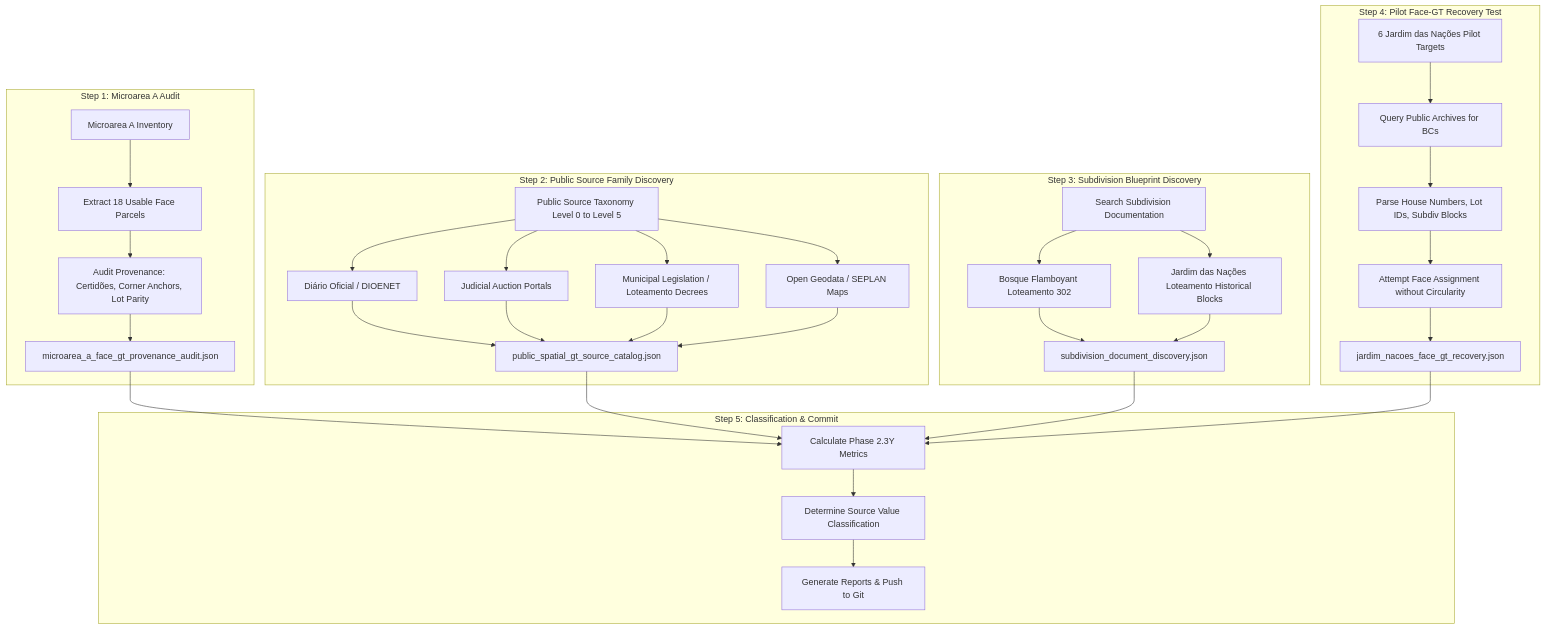
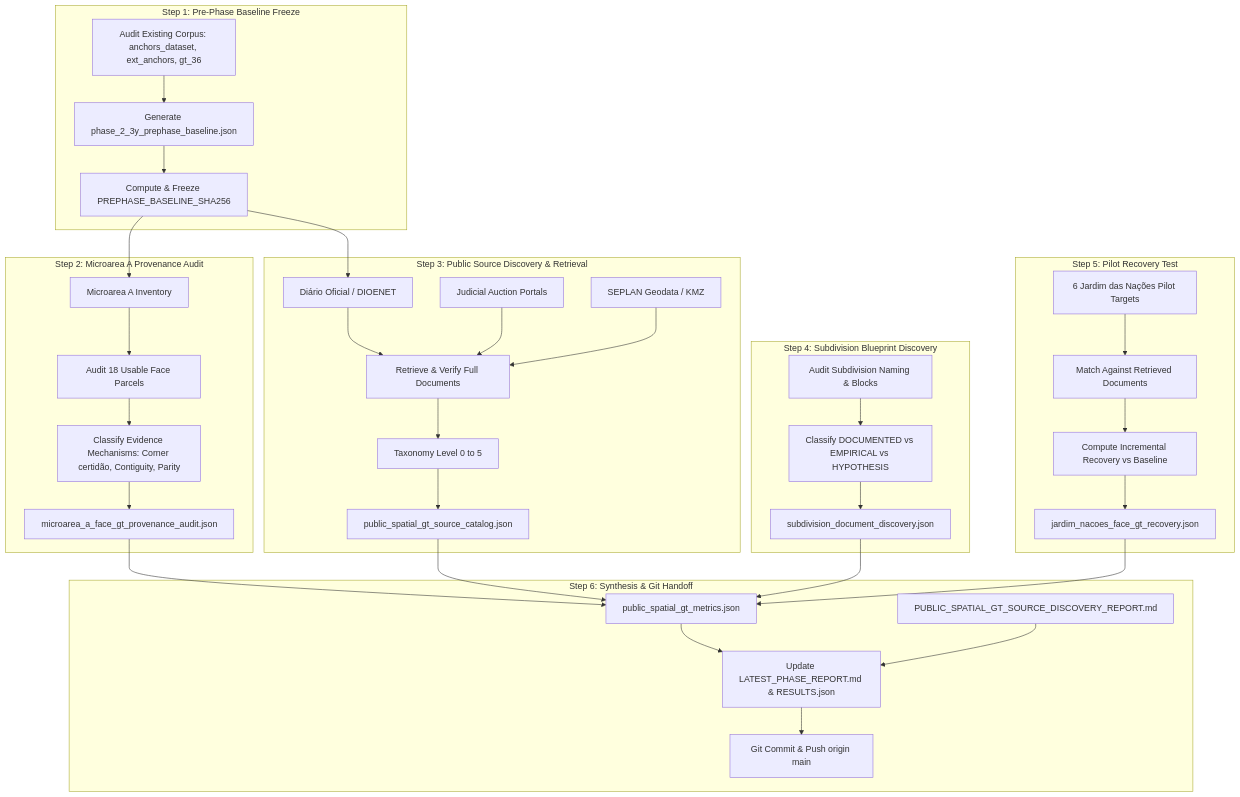
One commit to mlapidotome/ultraviolet-quasar changed the diagram in brain/address_finder/plans/PHASE_2_3Y_IMPLEMENTATION_PLAN.md. Above: the diagram before and after it, drawn with Mermaid. The commit also changed other lines of this file and 9 other files, not shown here.

Commit message:
feat: Phase 2.3Y results - public spatial ground-truth source discovery and provenance audit

````diff
--- a/brain/address_finder/plans/PHASE_2_3Y_IMPLEMENTATION_PLAN.md
+++ b/brain/address_finder/plans/PHASE_2_3Y_IMPLEMENTATION_PLAN.md
@@ -25,42 +50,39 @@
 ```mermaid
 graph TD
-    subgraph Step 1: Microarea A Audit
-        A1[Microarea A Inventory] --> A2[Extract 18 Usable Face Parcels]
-        A2 --> A3[Audit Provenance: Certidões, Corner Anchors, Lot Parity]
-        A3 --> A4[microarea_a_face_gt_provenance_audit.json]
+    subgraph Step 1: Pre-Phase Baseline Freeze
+        A1[Audit Existing Corpus: anchors_dataset, ext_anchors, gt_36] --> A2[Generate phase_2_3y_prephase_baseline.json]
+        A2 --> A3[Compute & Freeze PREPHASE_BASELINE_SHA256]
     end
 
-    subgraph Step 2: Public Source Family Discovery
-        B1[Public Source Taxonomy Level 0 to Level 5]
-        B2[Diário Oficial / DIOENET]
-        B3[Judicial Auction Portals]
-        B4[Municipal Legislation / Loteamento Decrees]
-        B5[Open Geodata / SEPLAN Maps]
-        B1 --> B2 & B3 & B4 & B5
-        B2 & B3 & B4 & B5 --> B6[public_spatial_gt_source_catalog.json]
+    subgraph Step 2: Microarea A Provenance Audit
+        B1[Microarea A Inventory] --> B2[Audit 18 Usable Face Parcels]
+        B2 --> B3[Classify Evidence Mechanisms: Corner certidão, Contiguity, Parity]
+        B3 --> B4[microarea_a_face_gt_provenance_audit.json]
     end
 
-    subgraph Step 3: Subdivision Blueprint Discovery
-        C1[Search Subdivision Documentation]
-        C2[Bosque Flamboyant Loteamento 302]
-        C3[Jardim das Nações Loteamento Historical Blocks]
-        C4[subdivision_document_discovery.json]
-        C1 --> C2 & C3 --> C4
+    subgraph Step 3: Public Source Discovery & Retrieval
+        C1[Diário Oficial / DIOENET] & C2[Judicial Auction Portals] & C3[SEPLAN Geodata / KMZ] --> C4[Retrieve & Verify Full Documents]
+        C4 --> C5[Taxonomy Level 0 to 5]
+        C5 --> C6[public_spatial_gt_source_catalog.json]
     end
 
-    subgraph Step 4: Pilot Face-GT Recovery Test
-        D1[6 Jardim das Nações Pilot Targets]
-        D2[Query Public Archives for BCs]
-        D3[Parse House Numbers, Lot IDs, Subdiv Blocks]
-        D4[Attempt Face Assignment without Circularity]
-        D5[jardim_nacoes_face_gt_recovery.json]
-        D1 --> D2 --> D3 --> D4 --> D5
+    subgraph Step 4: Subdivision Blueprint Discovery
+        D1[Audit Subdivision Naming & Blocks] --> D2[Classify DOCUMENTED vs EMPIRICAL vs HYPOTHESIS]
+        D2 --> D3[subdivision_document_discovery.json]
     end
 
-    subgraph Step 5: Classification & Commit
-        E1[Calculate Phase 2.3Y Metrics]
-        E2[Determine Source Value Classification]
-        E3[Generate Reports & Push to Git]
-        A4 & B6 & C4 & D5 --> E1 --> E2 --> E3
+    subgraph Step 5: Pilot Recovery Test
+        E1[6 Jardim das Nações Pilot Targets] --> E2[Match Against Retrieved Documents]
+        E2 --> E3[Compute Incremental Recovery vs Baseline]
+        E3 --> E4[jardim_nacoes_face_gt_recovery.json]
     end
+
+    subgraph Step 6: Synthesis & Git Handoff
+        F1[public_spatial_gt_metrics.json] & F2[PUBLIC_SPATIAL_GT_SOURCE_DISCOVERY_REPORT.md] --> F3[Update LATEST_PHASE_REPORT.md & RESULTS.json]
+        F3 --> F4[Git Commit & Push origin main]
+    end
+
+    A3 --> B1
+    A3 --> C1
+    B4 & C6 & D3 & E4 --> F1
 ```
````
